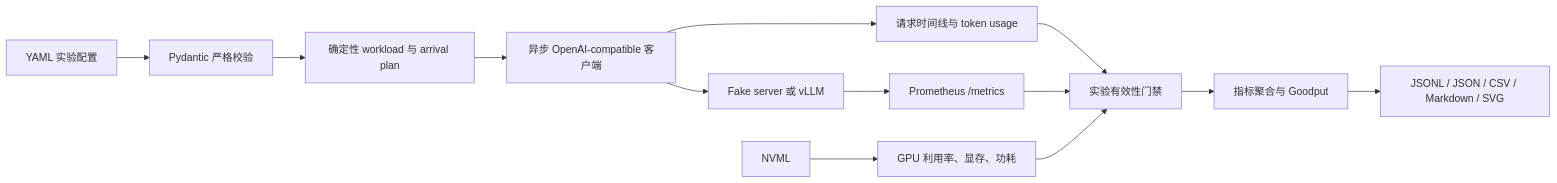
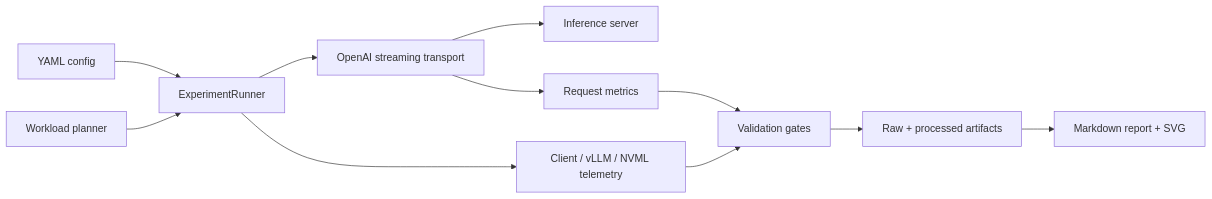
Before and after one commit to zhengwenze/ai-infra-demo: the diagram in README.md, drawn with Mermaid. The commit also changed other lines of this file and 14 other files, not shown here.

````diff
--- a/README.md
+++ b/README.md
@@ -97,15 +115,13 @@
 ```mermaid
 flowchart LR
-    A["YAML 实验配置"] --> B["Pydantic 严格校验"]
-    B --> C["确定性 workload 与 arrival plan"]
-    C --> D["异步 OpenAI-compatible 客户端"]
-    D --> E["Fake server 或 vLLM"]
-    D --> F["请求时间线与 token usage"]
-    E --> G["Prometheus /metrics"]
-    H["NVML"] --> I["GPU 利用率、显存、功耗"]
-    F --> J["实验有效性门禁"]
-    G --> J
-    I --> J
-    J --> K["指标聚合与 Goodput"]
-    K --> L["JSONL / JSON / CSV / Markdown / SVG"]
+    C["YAML config"] --> R["ExperimentRunner"]
+    W["Workload planner"] --> R
+    R --> T["OpenAI streaming transport"]
+    T --> S["Inference server"]
+    R --> O["Client / vLLM / NVML telemetry"]
+    T --> M["Request metrics"]
+    O --> V["Validation gates"]
+    M --> V
+    V --> A["Raw + processed artifacts"]
+    A --> P["Markdown report + SVG"]
 ```
````
